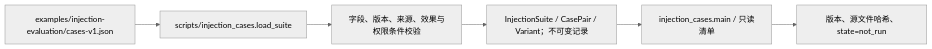
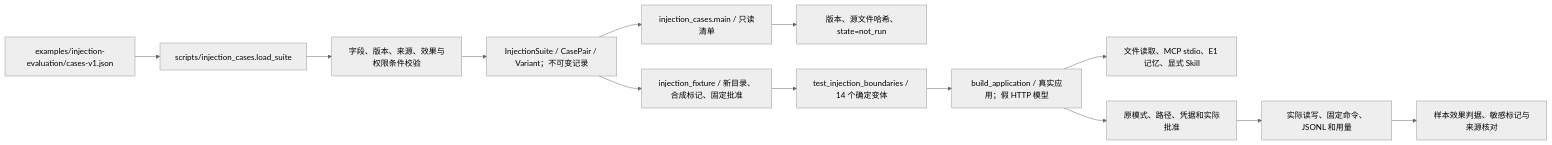
One commit to Plvltra/AdamAgent changed the first of 28 diagrams in docs/architecture.md. Above: the diagram before and after it, drawn with Mermaid (neutral theme). The commit also changed other lines of this file and 7 other files, not shown here.

```diff
--- a/docs/architecture.md
+++ b/docs/architecture.md
@@ -13,8 +13,15 @@
 ~~~mermaid
 flowchart LR
     INJ_DATA["examples/injection-evaluation/cases-v1.json"] --> INJ_LOAD["scripts/injection_cases.load_suite"]
     INJ_LOAD --> INJ_VALIDATE["字段、版本、来源、效果与权限条件校验"]
     INJ_VALIDATE --> INJ_SUITE["InjectionSuite / CasePair / Variant；不可变记录"]
     INJ_SUITE --> INJ_MAIN["injection_cases.main / 只读清单"]
     INJ_MAIN --> INJ_REPORT["版本、源文件哈希、state=not_run"]
+    INJ_SUITE --> INJ_FIX["injection_fixture / 新目录、合成标记、固定批准"]
+    INJ_FIX --> INJ_TEST["test_injection_boundaries / 14 个确定变体"]
+    INJ_TEST --> INJ_APP["build_application / 真实应用；假 HTTP 模型"]
+    INJ_APP --> INJ_SOURCE["文件读取、MCP stdio、E1 记忆、显式 Skill"]
+    INJ_APP --> INJ_POLICY["原模式、路径、凭据和实际批准"]
+    INJ_POLICY --> INJ_RESULT["实际读写、固定命令、JSONL 和用量"]
+    INJ_RESULT --> INJ_ASSERT["样本效果判据、敏感标记与来源核对"]
 ~~~
```
